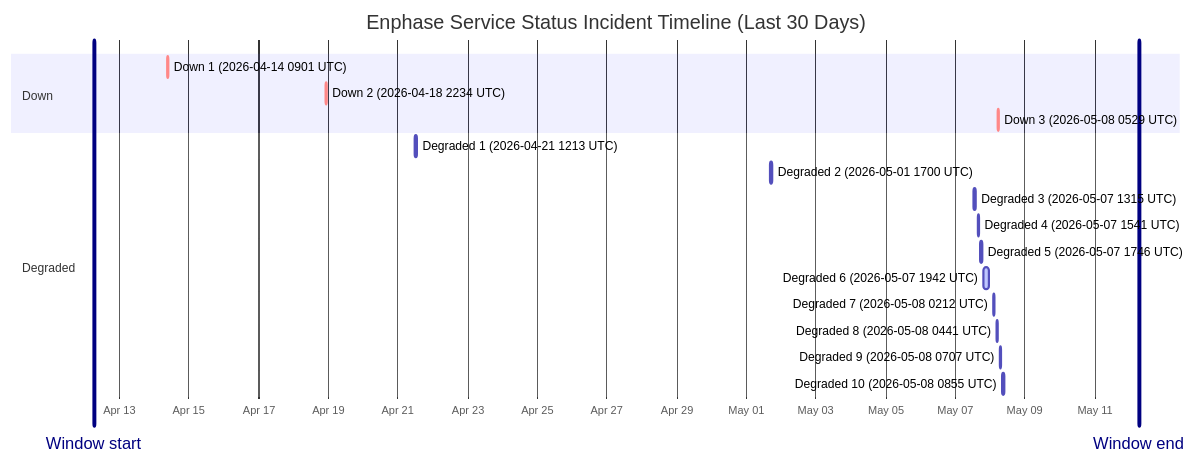
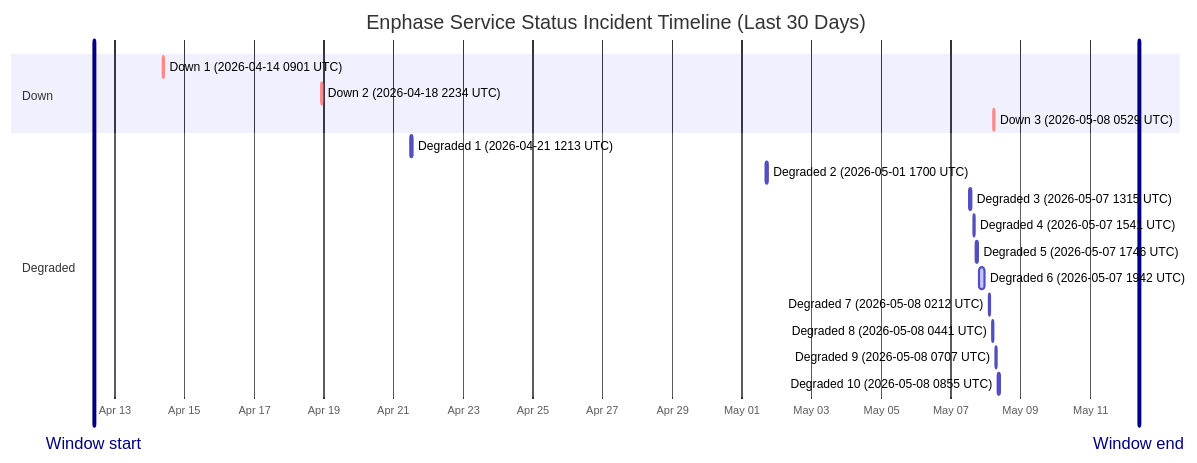
Before and after one commit to barneyonline/ha-enphase-ev-charger: the diagram in wiki/Service-Status-History.md, drawn with Mermaid. The commit also changed other lines of this file and 3 other files, not shown here.

````diff
--- a/wiki/Service-Status-History.md
+++ b/wiki/Service-Status-History.md
@@ -14,23 +14,23 @@
 ```mermaid
 gantt
     title Enphase Service Status Incident Timeline (Last 30 Days)
     dateFormat  YYYY-MM-DDTHH:mm:ss
     axisFormat  %b %d
-    Window start :vert, window-start, 2026-04-12T06:36:00, 0ms
-    Window end :vert, window-end, 2026-05-12T06:36:00, 0ms
+    Window start :vert, window-start, 2026-04-12T09:37:43, 0ms
+    Window end :vert, window-end, 2026-05-12T09:37:43, 0ms
     section Down
     Down 1 (2026-04-14 0901 UTC) :crit, down-1, 2026-04-14T09:01:13, 60m
     Down 2 (2026-04-18 2234 UTC) :crit, down-2, 2026-04-18T22:34:13, 60m
     Down 3 (2026-05-08 0529 UTC) :crit, down-3, 2026-05-08T05:29:47, 60m
     section Degraded
     Degraded 1 (2026-04-21 1213 UTC) :active, degraded-1, 2026-04-21T12:13:11, 60m
     Degraded 2 (2026-05-01 1700 UTC) :active, degraded-2, 2026-05-01T17:00:22, 60m
     Degraded 3 (2026-05-07 1315 UTC) :active, degraded-3, 2026-05-07T13:15:25, 60m
     Degraded 4 (2026-05-07 1541 UTC) :active, degraded-4, 2026-05-07T15:41:58, 60m
     Degraded 5 (2026-05-07 1746 UTC) :active, degraded-5, 2026-05-07T17:46:51, 60m
     Degraded 6 (2026-05-07 1942 UTC) :active, degraded-6, 2026-05-07T19:42:10, 249m
     Degraded 7 (2026-05-08 0212 UTC) :active, degraded-7, 2026-05-08T02:12:39, 60m
     Degraded 8 (2026-05-08 0441 UTC) :active, degraded-8, 2026-05-08T04:41:46, 60m
     Degraded 9 (2026-05-08 0707 UTC) :active, degraded-9, 2026-05-08T07:07:30, 60m
     Degraded 10 (2026-05-08 0855 UTC) :active, degraded-10, 2026-05-08T08:55:20, 88m
 ```
````
